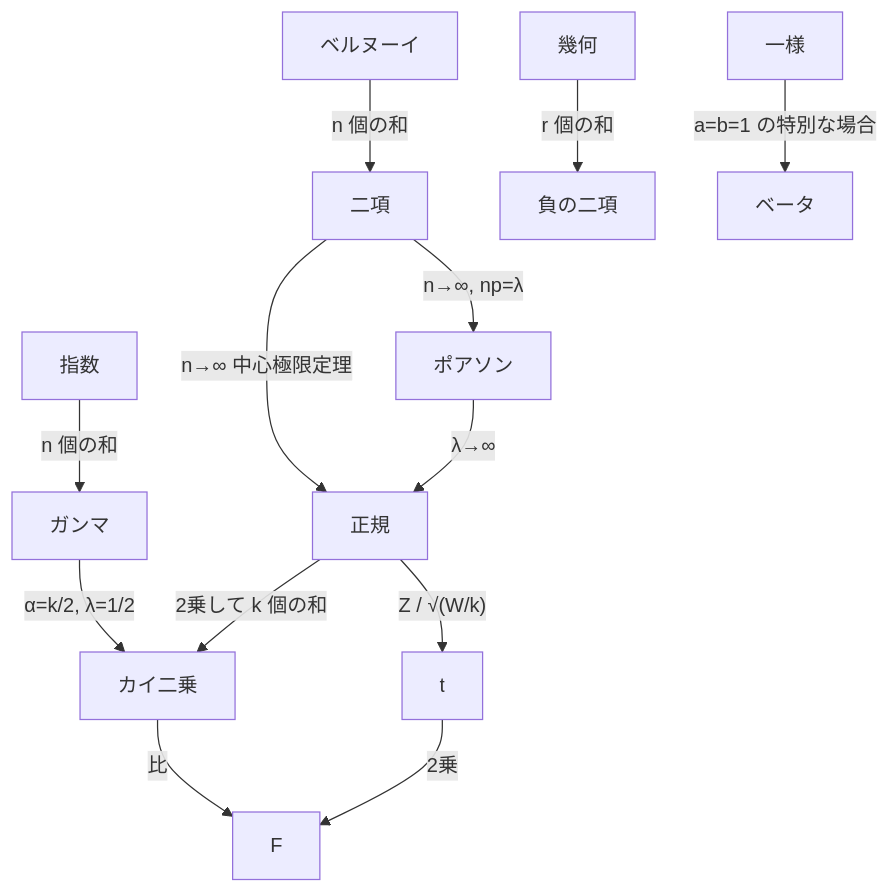
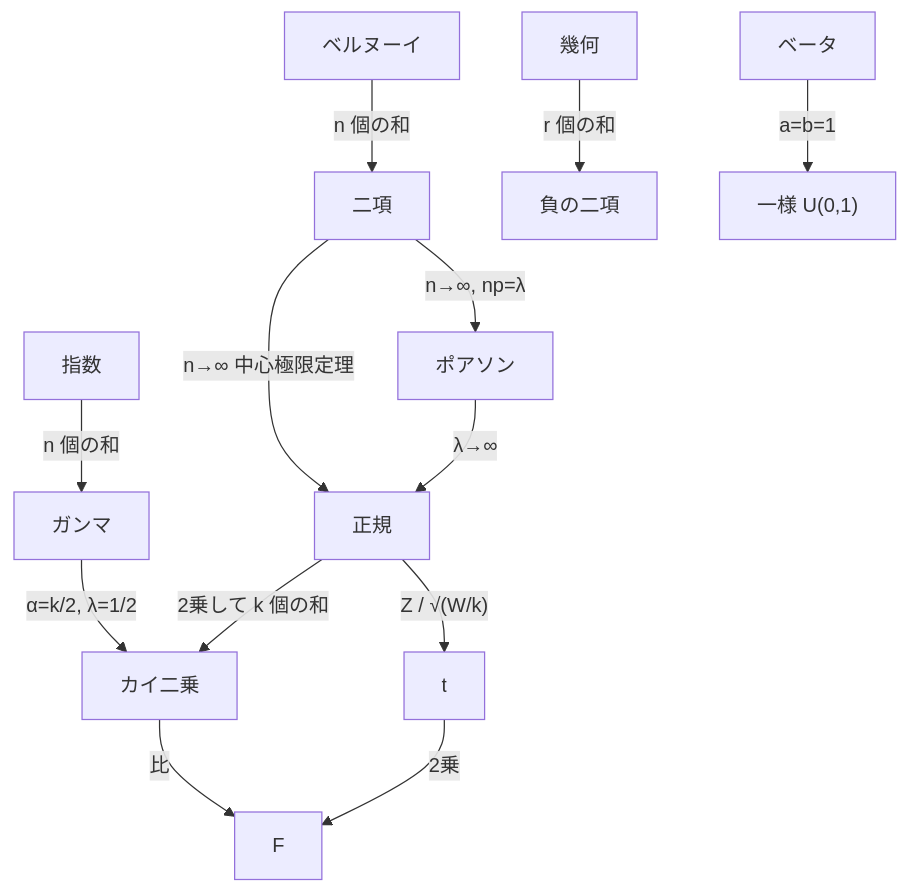
One commit to yasut0ra/learn-stats-ja changed the diagram in docs/appendix/distributions.md. Above: the diagram before and after it, drawn with Mermaid. The commit also changed 18 other files, not shown here.

````diff
--- a/docs/appendix/distributions.md
+++ b/docs/appendix/distributions.md
@@ -38,15 +38,15 @@
 ```mermaid
 graph TD
   Bern[ベルヌーイ] -->|"n 個の和"| Bin[二項]
   Bin -->|"n→∞, np=λ"| Po[ポアソン]
   Bin -->|"n→∞ 中心極限定理"| N[正規]
   Po -->|"λ→∞"| N
   Ge[幾何] -->|"r 個の和"| NB[負の二項]
   Ex[指数] -->|"n 個の和"| Ga[ガンマ]
   Ga -->|"α=k/2, λ=1/2"| Chi[カイ二乗]
   N -->|"2乗して k 個の和"| Chi
   N -->|"Z / √(W/k)"| T[t]
   Chi -->|"比"| F[F]
   T -->|"2乗"| F
-  U[一様] -->|"a=b=1 の特別な場合"| Be[ベータ]
+  Be[ベータ] -->|"a=b=1"| U["一様 U(0,1)"]
 ```
````
